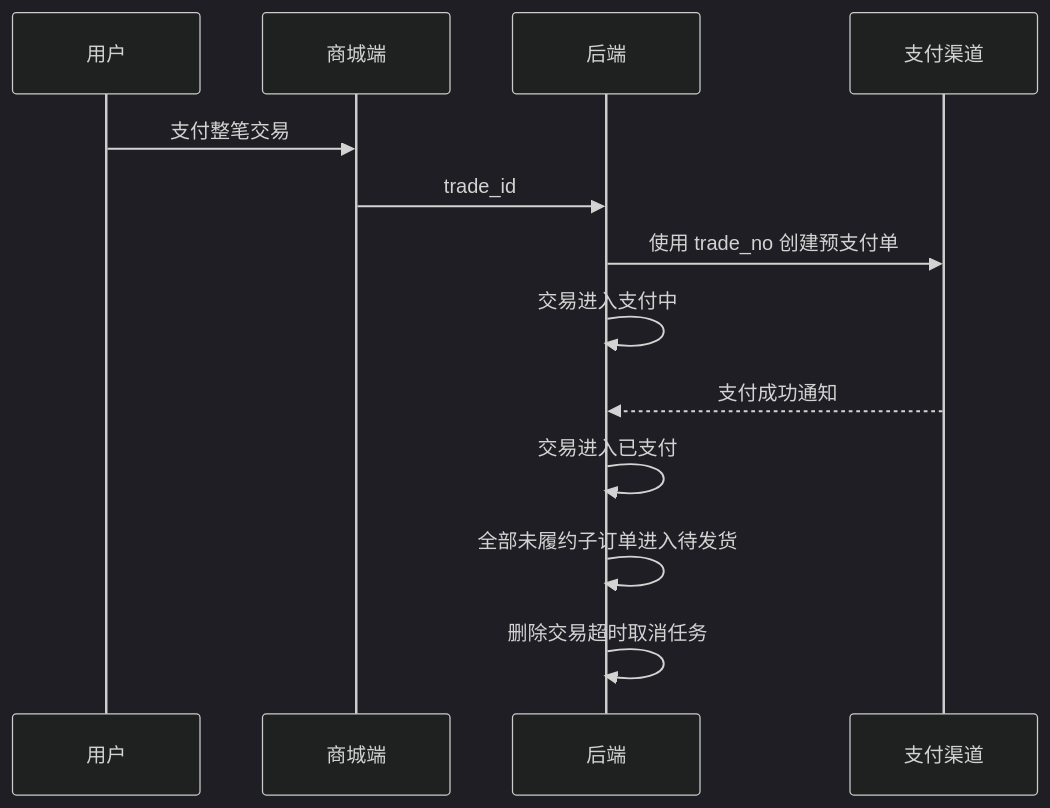
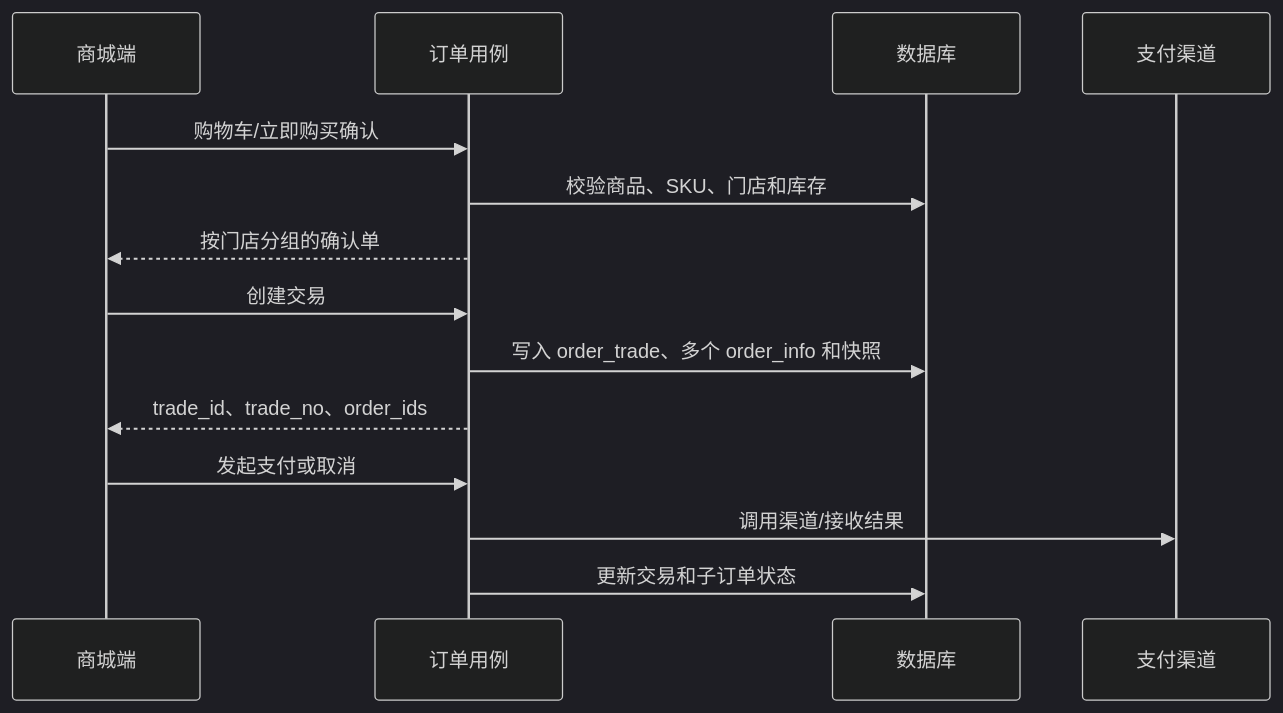
The diagram in docs/订单数据流转设计.md (liujitcn/shop), drawn with Mermaid (dark theme) before and after one commit. The commit also changed other lines of this file and 1765 other files, not shown here.

````diff
--- a/docs/订单数据流转设计.md
+++ b/docs/订单数据流转设计.md
@@ -58,16 +20,17 @@
 ```mermaid
 sequenceDiagram
-  participant U as 用户
-  participant A as 商城端
-  participant B as 后端
-  participant W as 支付渠道
+  participant C as 商城端
+  participant O as 订单用例
+  participant D as 数据库
+  participant P as 支付渠道
 
-  U->>A: 支付整笔交易
-  A->>B: trade_id
-  B->>W: 使用 trade_no 创建预支付单
-  B->>B: 交易进入支付中
-  W-->>B: 支付成功通知
-  B->>B: 交易进入已支付
-  B->>B: 全部未履约子订单进入待发货
-  B->>B: 删除交易超时取消任务
+  C->>O: 购物车/立即购买确认
+  O->>D: 校验商品、SKU、门店和库存
+  O-->>C: 按门店分组的确认单
+  C->>O: 创建交易
+  O->>D: 写入 order_trade、多个 order_info 和快照
+  O-->>C: trade_id、trade_no、order_ids
+  C->>O: 发起支付或取消
+  O->>P: 调用渠道/接收结果
+  O->>D: 更新交易和子订单状态
 ```
````
